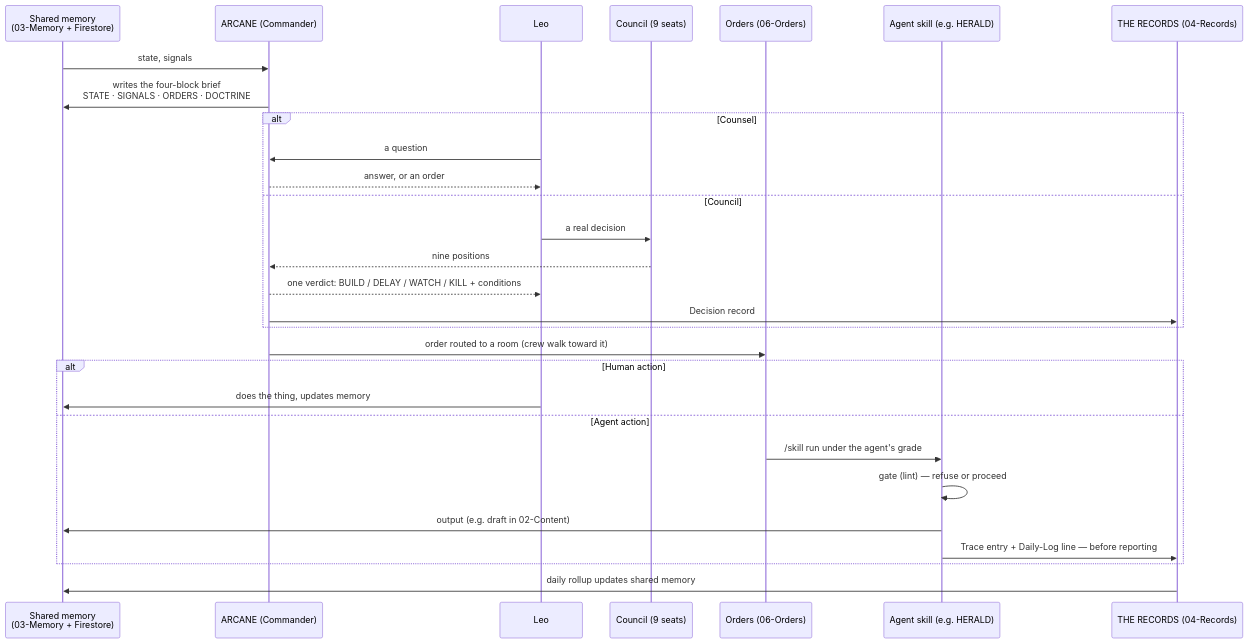
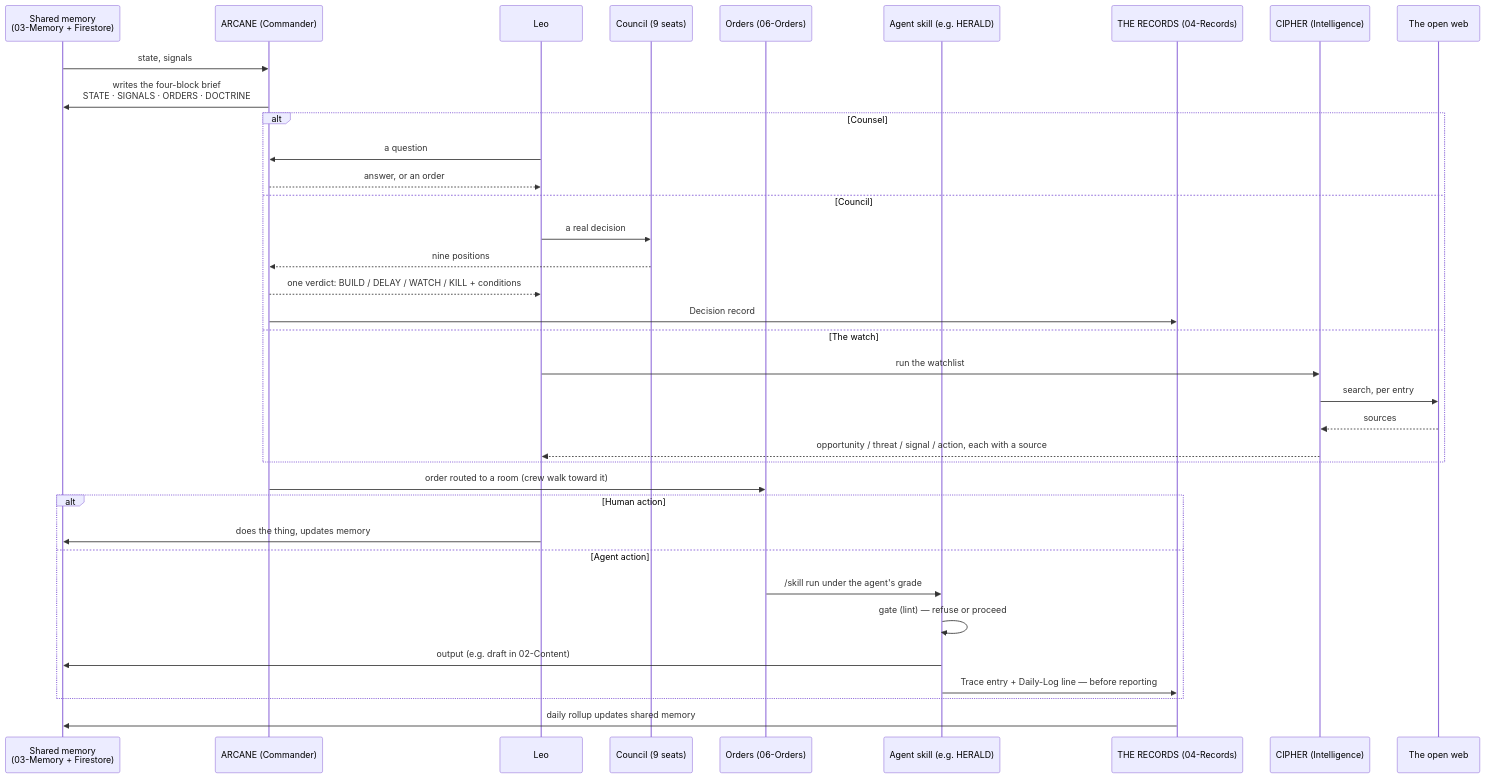
The second of 2 diagrams in docs/ARCHITECTURE.md (leogray15-maker/ARCANEAIOS), drawn with Mermaid before and after one commit. The commit also changed other lines of this file and 14 other files, not shown here.

First line of the commit message:
Wire the watch: CIPHER reads the open web, and reports

````diff
--- a/docs/ARCHITECTURE.md
+++ b/docs/ARCHITECTURE.md
@@ -77,32 +77,39 @@
 ```mermaid
 sequenceDiagram
   participant M as Shared memory<br/>(03-Memory + Firestore)
   participant A as ARCANE (Commander)
   participant L as Leo
   participant C as Council (9 seats)
   participant O as Orders (06-Orders)
   participant H as Agent skill (e.g. HERALD)
   participant R as THE RECORDS (04-Records)
+  participant I as CIPHER (Intelligence)
+  participant W as The open web
 
   M->>A: state, signals
   A->>M: writes the four-block brief<br/>STATE · SIGNALS · ORDERS · DOCTRINE
   alt Counsel
     L->>A: a question
     A-->>L: answer, or an order
   else Council
     L->>C: a real decision
     C-->>A: nine positions
     A-->>L: one verdict: BUILD / DELAY / WATCH / KILL + conditions
     A->>R: Decision record
+  else The watch
+    L->>I: run the watchlist
+    I->>W: search, per entry
+    W-->>I: sources
+    I-->>L: opportunity / threat / signal / action, each with a source
   end
   A->>O: order routed to a room (crew walk toward it)
   alt Human action
     L->>M: does the thing, updates memory
   else Agent action
     O->>H: /skill run under the agent's grade
     H->>H: gate (lint) — refuse or proceed
     H->>M: output (e.g. draft in 02-Content)
     H->>R: Trace entry + Daily-Log line — before reporting
   end
   R->>M: daily rollup updates shared memory
 ```
````
